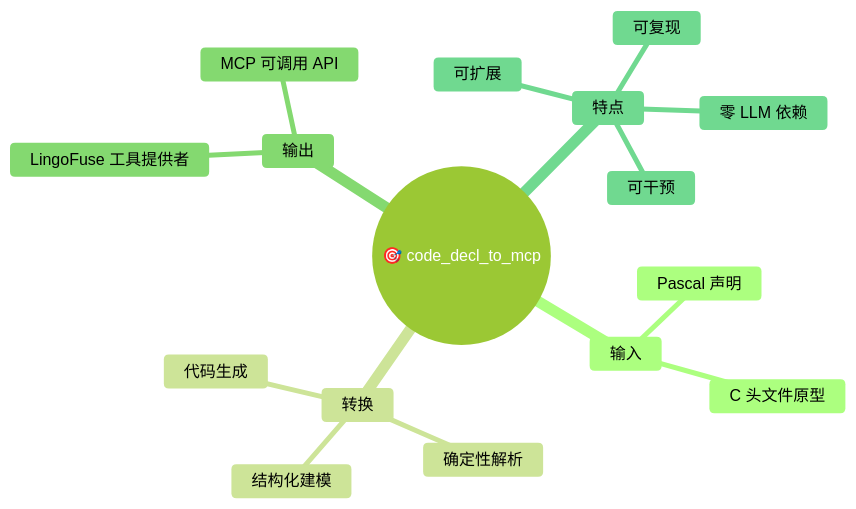
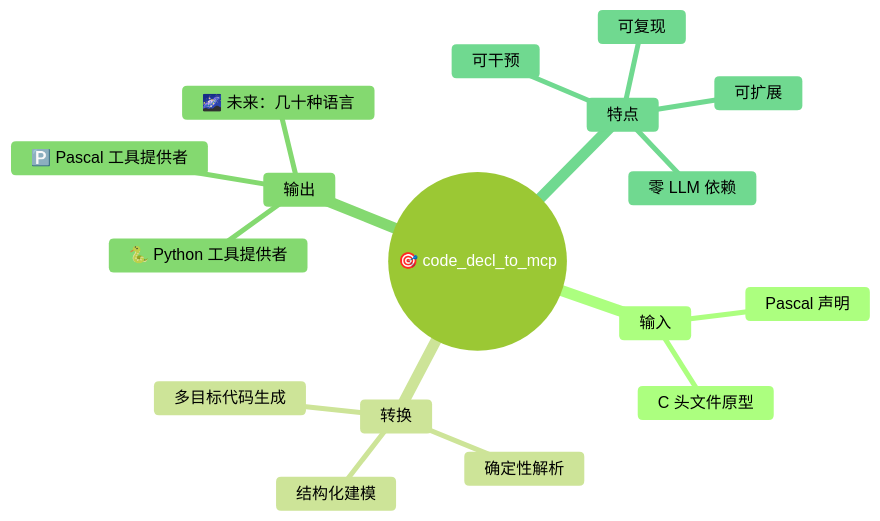
One commit to PassByYou888/LingoFuse-pasAgent changed the second of 46 diagrams in code_generate_mcp.md. Above: the diagram before and after it, drawn with Mermaid (forest theme). The commit also changed other lines of this file, not shown here.

````diff
--- a/code_generate_mcp.md
+++ b/code_generate_mcp.md
@@ -42,19 +46,20 @@
 ```mermaid
 mindmap
   root(("🎯 code_decl_to_mcp"))
     输入
       Pascal 声明
       C 头文件原型
     转换
       确定性解析
       结构化建模
-      代码生成
+      多目标代码生成
     输出
-      LingoFuse 工具提供者
-      MCP 可调用 API
+      🅿️ Pascal 工具提供者
+      🐍 Python 工具提供者
+      🌌 未来：几十种语言
     特点
       可复现
       可干预
       可扩展
       零 LLM 依赖
 ```
````
